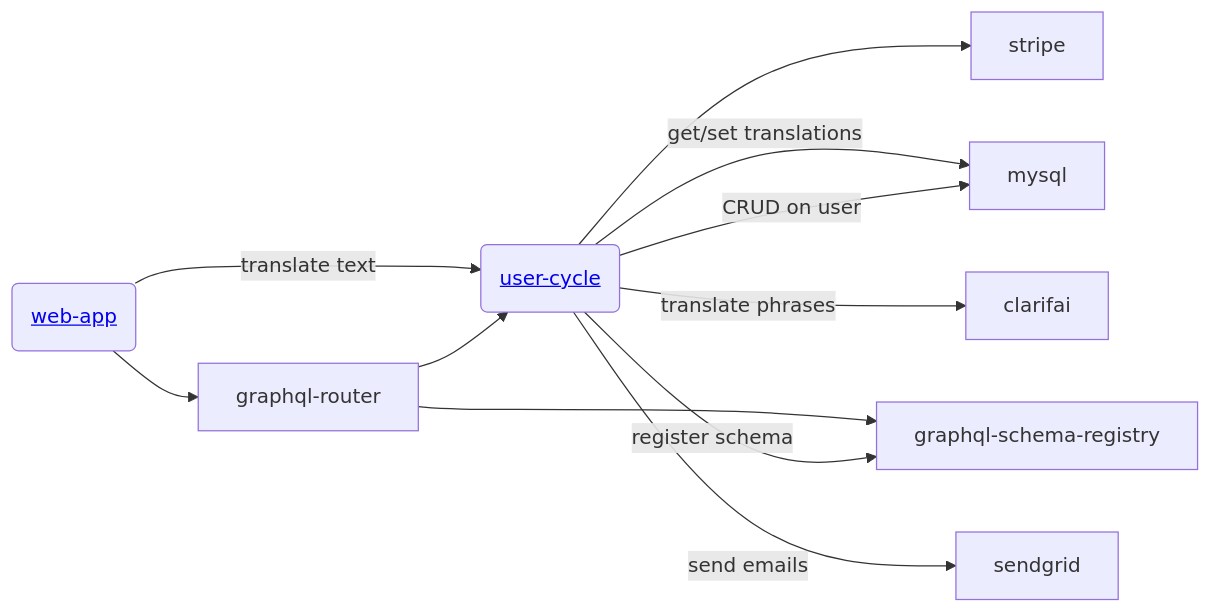
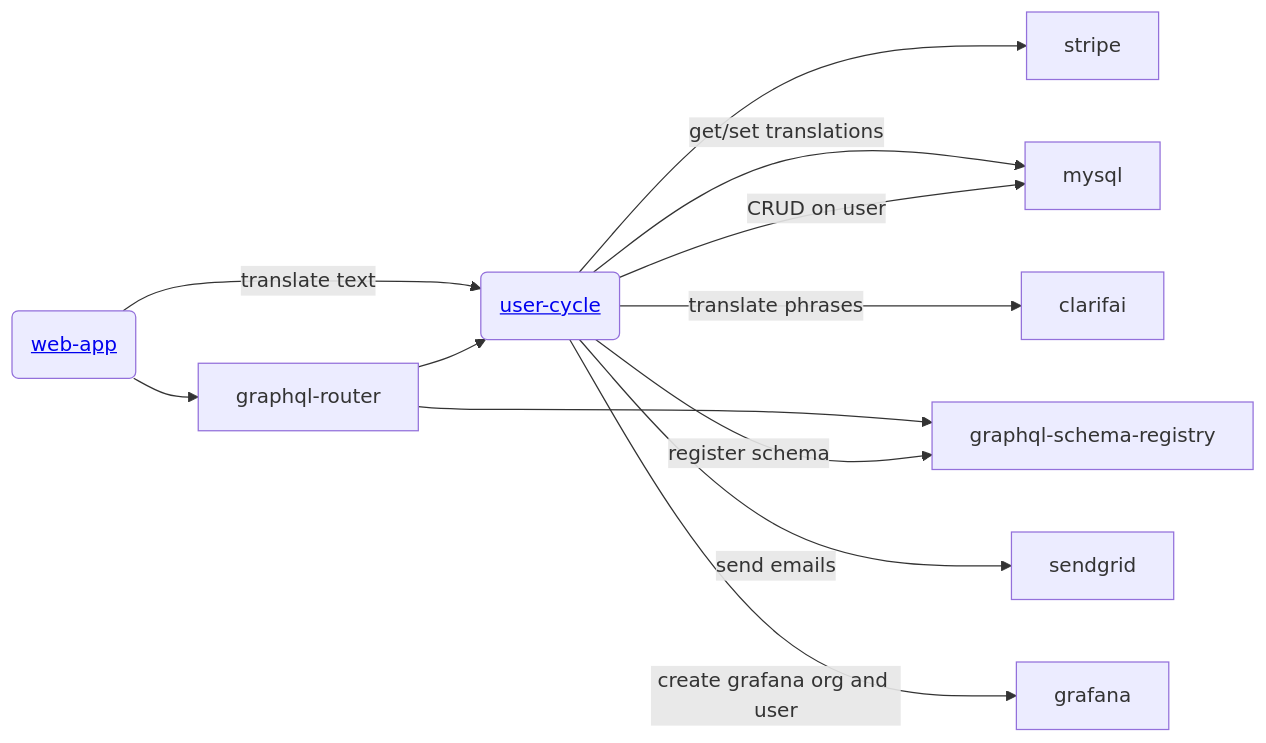
Before and after one commit to Gratheon/user-cycle: the diagram in README.md, drawn with Mermaid. The commit also changed 10 other files, not shown here.

Commit message:
create grafana user add integration tests

````diff
--- a/README.md
+++ b/README.md
@@ -40,14 +40,15 @@
 ```mermaid
 flowchart LR
     web-app("<a href='https://github.com/Gratheon/web-app'>web-app</a>") --> graphql-router
 
     graphql-router --> user-cycle("<a href='https://github.com/Gratheon/user-cycle'>user-cycle</a>") --"CRUD on user"--> mysql
     user-cycle --> stripe
     user-cycle --"register schema"--> graphql-schema-registry
     graphql-router --> graphql-schema-registry
 
     web-app--"translate text" --> user-cycle --"translate phrases"--> clarifai
     user-cycle--"get/set translations"--> mysql
 
     user-cycle--"send emails"--> sendgrid
+    user-cycle--"create grafana org and user"--> grafana
 ```
````
